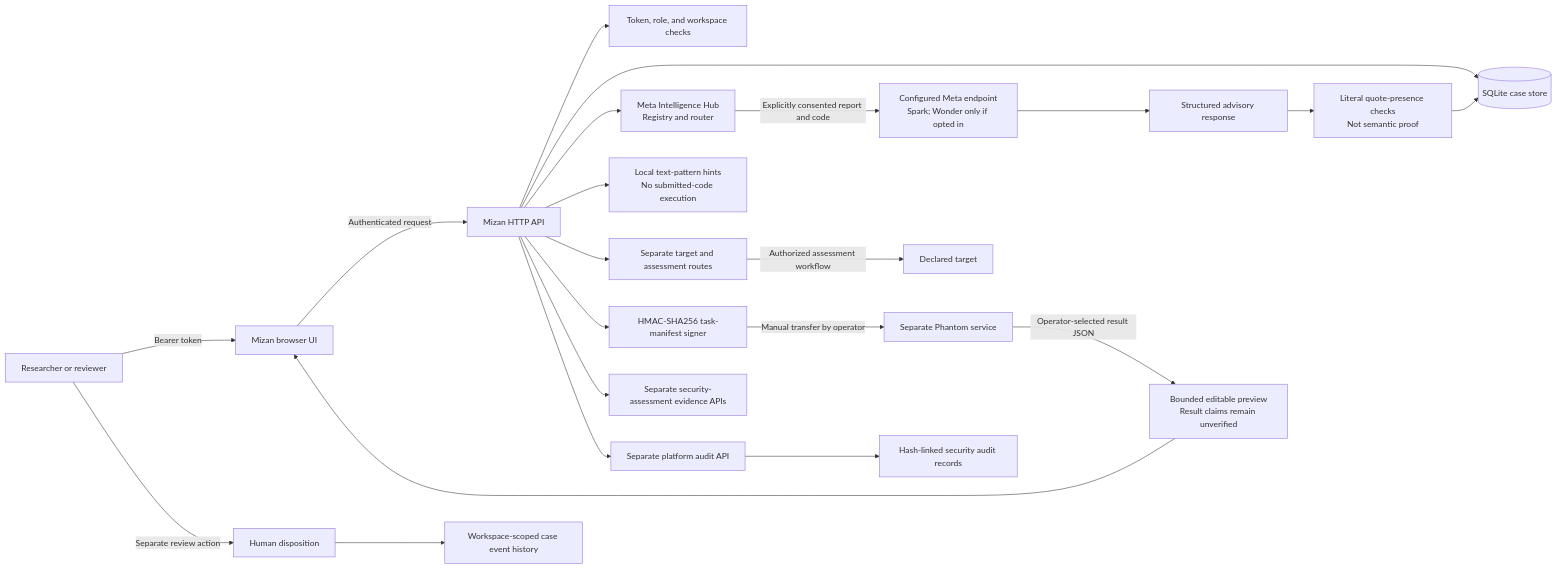
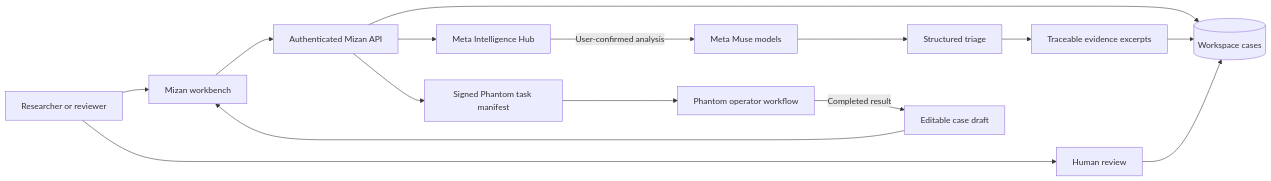
One commit to aimenhamzi01-dot/mizan changed the diagram in README.md. Above: the diagram before and after it, drawn with Mermaid. The commit also changed other lines of this file, not shown here.

Commit message:
docs: focus README on Mizan strengths

````diff
--- a/README.md
+++ b/README.md
@@ -86,29 +74,17 @@
 ```mermaid
 flowchart LR
-    Person[Researcher or reviewer] -->|Bearer token| UI[Mizan browser UI]
-    UI -->|Authenticated request| API[Mizan HTTP API]
-    API --> Auth[Token, role, and workspace checks]
-    API --> CaseDB[(SQLite case store)]
-
-    API --> Hub[Meta Intelligence Hub\nRegistry and router]
-    Hub -->|Explicitly consented report and code| Meta[Configured Meta endpoint\nSpark; Wonder only if opted in]
-    Meta --> Triage[Structured advisory response]
-    Triage --> Quotes[Literal quote-presence checks\nNot semantic proof]
-    Quotes --> CaseDB
-
-    Person -->|Separate review action| Review[Human disposition]
-    Review --> CaseEvents[Workspace-scoped case event history]
-    API --> Local[Local text-pattern hints\nNo submitted-code execution]
-
-    API --> Scope[Separate target and assessment routes]
-    Scope -->|Authorized assessment workflow| Target[Declared target]
-
-    API --> Signer[HMAC-SHA256 task-manifest signer]
-    Signer -->|Manual transfer by operator| Phantom[Separate Phantom service]
-    Phantom -->|Operator-selected result JSON| Import[Bounded editable preview\nResult claims remain unverified]
-    Import --> UI
-
-    API --> Evidence[Separate security-assessment evidence APIs]
-    API --> SecAudit[Separate platform audit API]
-    SecAudit --> Chain[Hash-linked security audit records]
+    Person[Researcher or reviewer] --> UI[Mizan workbench]
+    UI --> API[Authenticated Mizan API]
+    API --> Cases[(Workspace cases)]
+    API --> Hub[Meta Intelligence Hub]
+    Hub -->|User-confirmed analysis| Meta[Meta Muse models]
+    Meta --> Triage[Structured triage]
+    Triage --> Evidence[Traceable evidence excerpts]
+    Evidence --> Cases
+    Person --> Review[Human review]
+    Review --> Cases
+    API --> Signer[Signed Phantom task manifest]
+    Signer --> Phantom[Phantom operator workflow]
+    Phantom -->|Completed result| Draft[Editable case draft]
+    Draft --> UI
 ```
````
